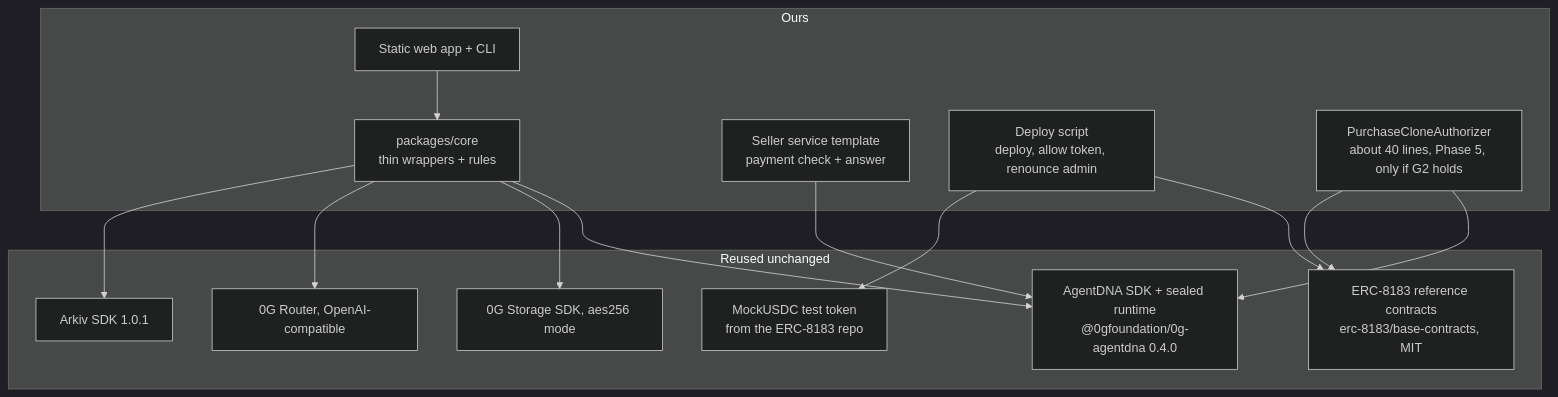
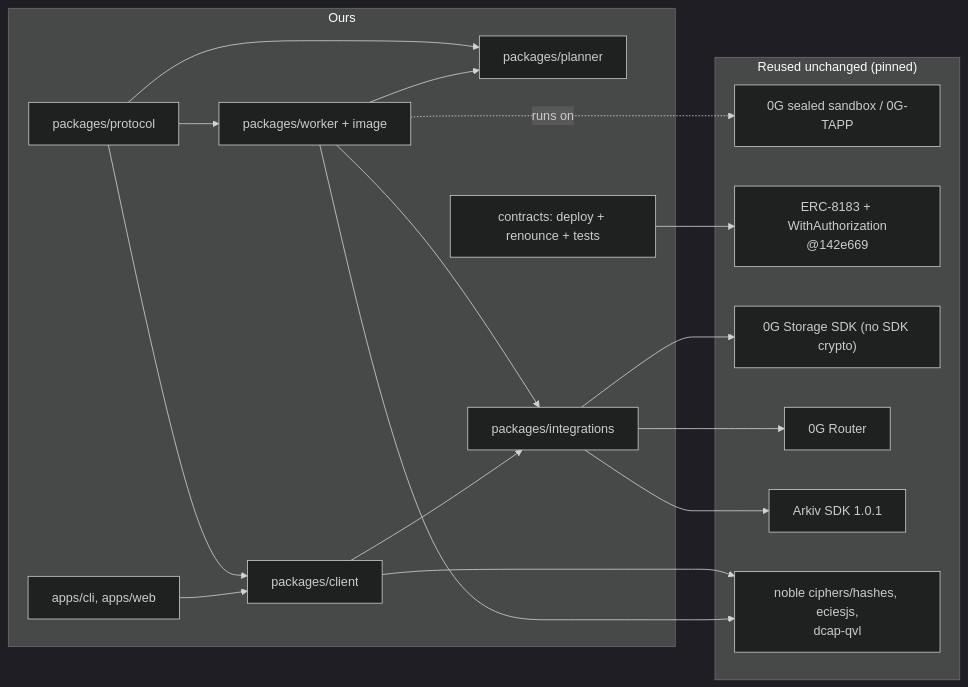
Before and after one commit to Soni-Shivam/Pivot_HTE: the third of 16 diagrams in docs/ARCHITECTURE.md, drawn with Mermaid (dark theme). The commit also changed other lines of this file and 9 other files, not shown here.

First line of the commit message:
Revise plan after PR review: restore customization agent and two-party worker

````diff
--- a/docs/ARCHITECTURE.md
+++ b/docs/ARCHITECTURE.md
@@ -69,23 +87,29 @@
 ```mermaid
-flowchart TB
-    subgraph REUSED["Reused unchanged"]
-        R1["AgentDNA SDK + sealed runtime<br/>@0gfoundation/0g-agentdna 0.4.0"]
-        R2["ERC-8183 reference contracts<br/>erc-8183/base-contracts, MIT"]
-        R3["0G Storage SDK, aes256 mode"]
-        R4["0G Router, OpenAI-compatible"]
+flowchart LR
+    subgraph REUSED["Reused unchanged (pinned)"]
+        R1["0G sealed sandbox / 0G-TAPP"]
+        R2["ERC-8183 + WithAuthorization<br/>@142e669"]
+        R3["0G Storage SDK (no SDK crypto)"]
+        R4["0G Router"]
         R5["Arkiv SDK 1.0.1"]
-        R6["MockUSDC test token<br/>from the ERC-8183 repo"]
+        R6["noble ciphers/hashes, eciesjs,<br/>dcap-qvl"]
     end
     subgraph OURS["Ours"]
-        O1["packages/core<br/>thin wrappers + rules"]
-        O2["Seller service template<br/>payment check + answer"]
-        O3["Static web app + CLI"]
-        O4["Deploy script<br/>deploy, allow token, renounce admin"]
-        O5["PurchaseCloneAuthorizer<br/>about 40 lines, Phase 5, only if G2 holds"]
+        P["packages/protocol"]
+        PL["packages/planner"]
+        CL["packages/client"]
+        W["packages/worker + image"]
+        I["packages/integrations"]
+        A["apps/cli, apps/web"]
+        C["contracts: deploy + renounce + tests"]
     end
-    O1 --> R1 & R3 & R4 & R5
-    O2 --> R1
-    O4 --> R2 & R6
-    O5 --> R1 & R2
-    O3 --> O1
+    P --> PL & CL & W
+    W --> PL & I
+    CL --> I
+    A --> CL
+    I --> R3 & R4 & R5
+    CL --> R6
+    W --> R6
+    C --> R2
+    W -. "runs on" .-> R1
 ```
````
